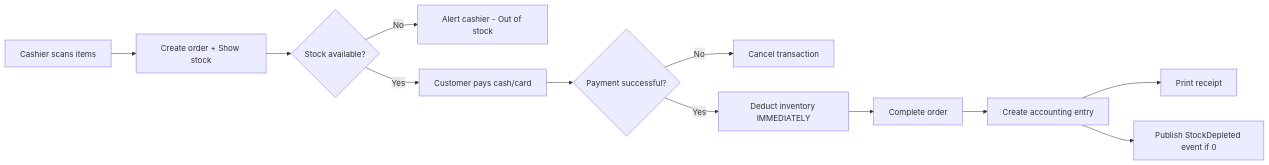
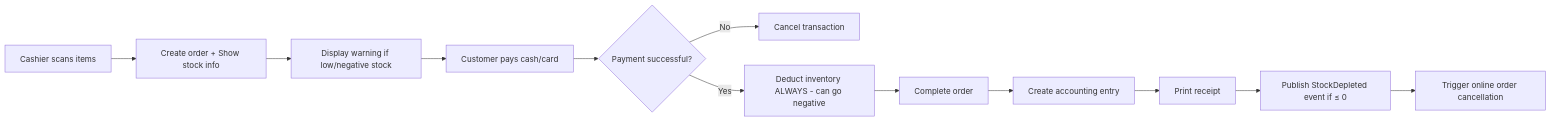
One commit to lukmanha083/kidkazz changed the third of 3 diagrams in docs/MICROSERVICES_INTEGRATION_ROADMAP.md. Above: the diagram before and after it, drawn with Mermaid. The commit also changed other lines of this file, not shown here.

First line of the commit message:
Add POS negative stock rule - never block physical sales

````diff
--- a/docs/MICROSERVICES_INTEGRATION_ROADMAP.md
+++ b/docs/MICROSERVICES_INTEGRATION_ROADMAP.md
@@ -914,14 +915,14 @@
 ```mermaid
 graph LR
-    A[Cashier scans items] --> B[Create order + Show stock]
-    B --> C{Stock available?}
-    C -->|No| D[Alert cashier - Out of stock]
-    C -->|Yes| E[Customer pays cash/card]
-    E --> F{Payment successful?}
-    F -->|No| G[Cancel transaction]
-    F -->|Yes| H[Deduct inventory IMMEDIATELY]
-    H --> I[Complete order]
-    I --> J[Create accounting entry]
-    J --> K[Print receipt]
-    J --> L[Publish StockDepleted event if 0]
+    A[Cashier scans items] --> B[Create order + Show stock info]
+    B --> C[Display warning if low/negative stock]
+    C --> D[Customer pays cash/card]
+    D --> E{Payment successful?}
+    E -->|No| F[Cancel transaction]
+    E -->|Yes| G[Deduct inventory ALWAYS - can go negative]
+    G --> H[Complete order]
+    H --> I[Create accounting entry]
+    I --> J[Print receipt]
+    J --> K[Publish StockDepleted event if ≤ 0]
+    K --> L[Trigger online order cancellation]
 ```
````
